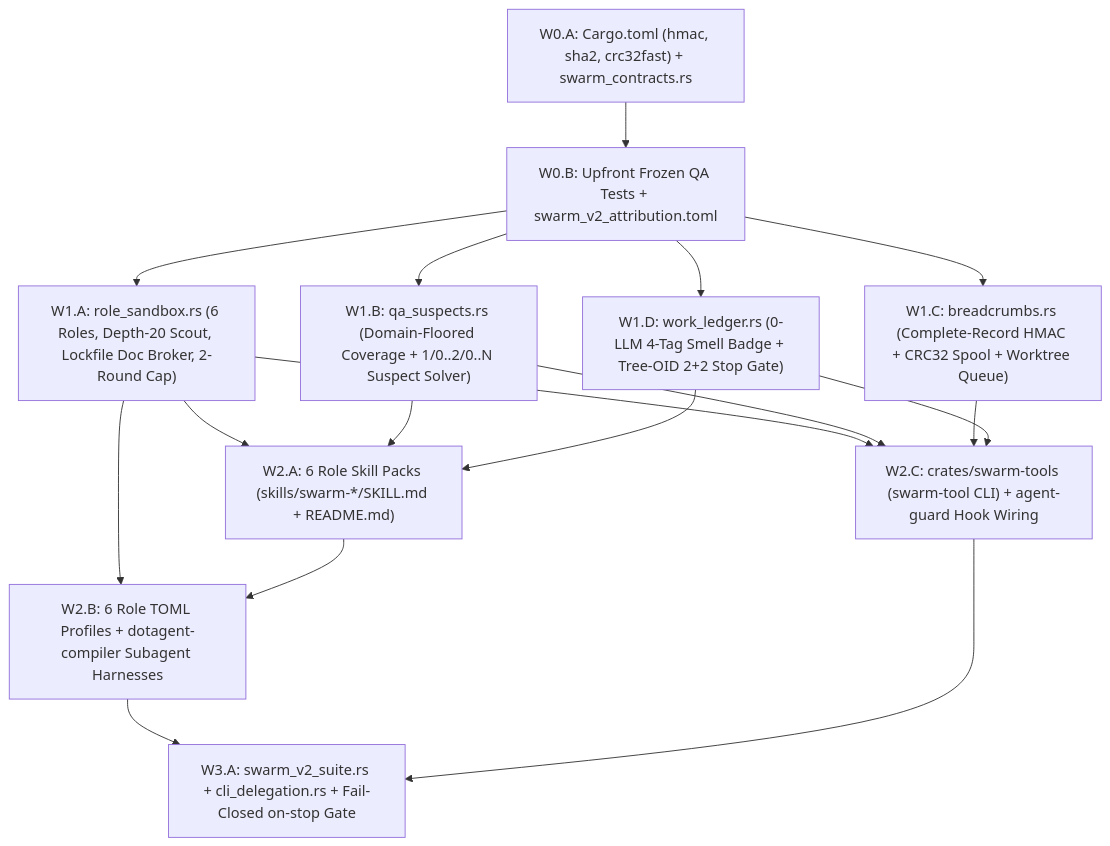
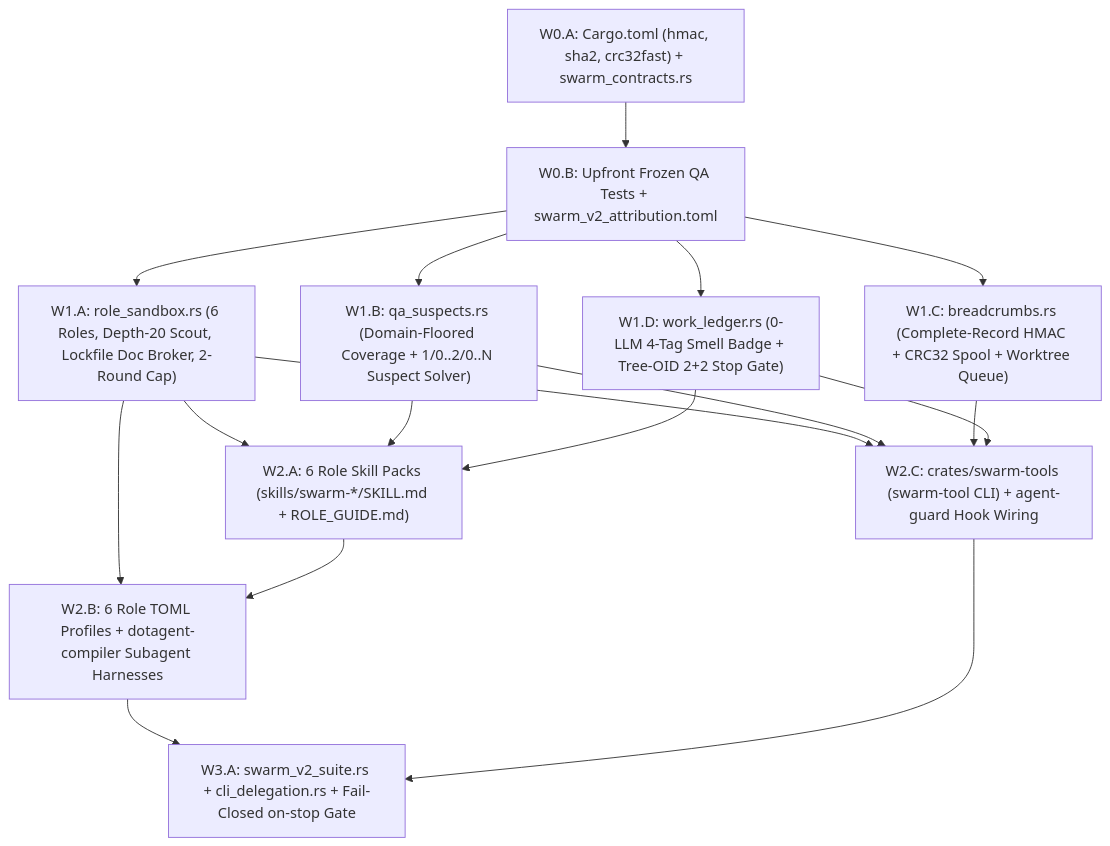
One commit to susanbdev/dotagent changed the diagram in docs/SWARM_IMPLEMENTATION_PLAN.md. Above: the diagram before and after it, drawn with Mermaid. The commit also changed other lines of this file and 61 other files, not shown here.

Commit message:
fix(swarm-v2): close adversarial capability-slot, HMAC, shell-scope, test-runner, and ROLE_GUIDE findings

````diff
--- a/docs/SWARM_IMPLEMENTATION_PLAN.md
+++ b/docs/SWARM_IMPLEMENTATION_PLAN.md
@@ -27,24 +27,24 @@
 ```mermaid
 flowchart TD
     W0A["W0.A: Cargo.toml (hmac, sha2, crc32fast) + swarm_contracts.rs"] --> W0B["W0.B: Upfront Frozen QA Tests + swarm_v2_attribution.toml"]
 
     W0B --> W1A["W1.A: role_sandbox.rs (6 Roles, Depth-20 Scout, Lockfile Doc Broker, 2-Round Cap)"]
     W0B --> W1B["W1.B: qa_suspects.rs (Domain-Floored Coverage + 1/0..2/0..N Suspect Solver)"]
     W0B --> W1C["W1.C: breadcrumbs.rs (Complete-Record HMAC + CRC32 Spool + Worktree Queue)"]
     W0B --> W1D["W1.D: work_ledger.rs (0-LLM 4-Tag Smell Badge + Tree-OID 2+2 Stop Gate)"]
 
-    W1A --> W2A["W2.A: 6 Role Skill Packs (skills/swarm-*/SKILL.md + README.md)"]
+    W1A --> W2A["W2.A: 6 Role Skill Packs (skills/swarm-*/SKILL.md + ROLE_GUIDE.md)"]
     W1B --> W2A
     W1D --> W2A
 
     W1A --> W2B["W2.B: 6 Role TOML Profiles + dotagent-compiler Subagent Harnesses"]
     W2A --> W2B
 
     W1A --> W2C["W2.C: crates/swarm-tools (swarm-tool CLI) + agent-guard Hook Wiring"]
     W1B --> W2C
     W1C --> W2C
     W1D --> W2C
 
     W2B --> W3A["W3.A: swarm_v2_suite.rs + cli_delegation.rs + Fail-Closed on-stop Gate"]
     W2C --> W3A
 ```
````
